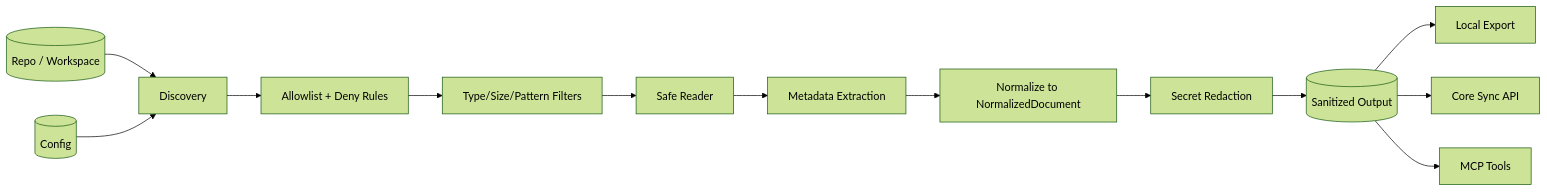
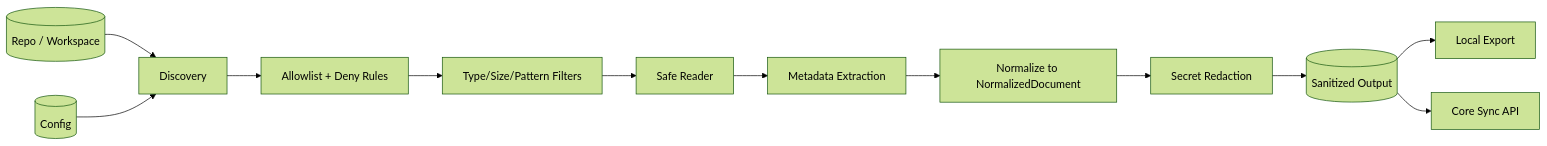
Before and after one commit to Auro-rium/Ops-Incident-Collector: the first of 2 diagrams in README.md, drawn with Mermaid (forest theme). The commit also changed other lines of this file and 37 other files, not shown here.

````diff
--- a/README.md
+++ b/README.md
@@ -15,15 +15,14 @@
 ```mermaid
 flowchart LR
     Repo[(Repo / Workspace)] --> Disc[Discovery]
     Cfg[(Config)] --> Disc
     Disc --> Policy[Allowlist + Deny Rules]
     Policy --> Filter[Type/Size/Pattern Filters]
     Filter --> Read[Safe Reader]
     Read --> Meta[Metadata Extraction]
     Meta --> Norm[Normalize to NormalizedDocument]
     Norm --> Redact[Secret Redaction]
     Redact --> Out[(Sanitized Output)]
     Out --> Local[Local Export]
     Out --> Core[Core Sync API]
-    Out --> MCP[MCP Tools]
 ```
````
